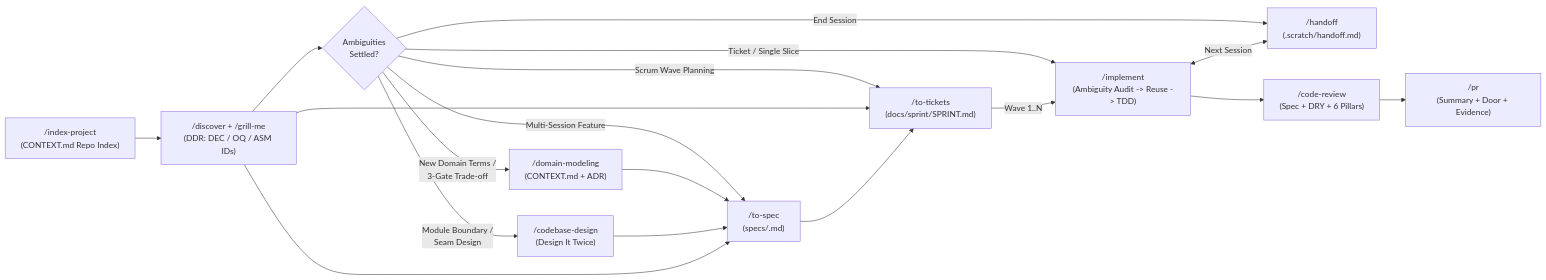
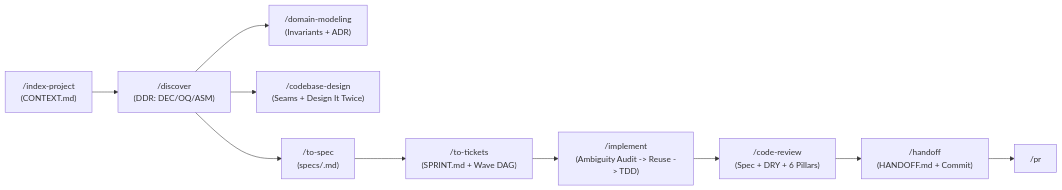
One commit to rafaelghif/antigravity-agents-core changed the diagram in README.md. Above: the diagram before and after it, drawn with Mermaid. The commit also changed other lines of this file and 8 other files, not shown here.

````diff
--- a/README.md
+++ b/README.md
@@ -88,20 +109,12 @@
 ```mermaid
 flowchart LR
-    Idx["/index-project\n(CONTEXT.md Repo Index)"] --> Disc["/discover + /grill-me\n(DDR: DEC / OQ / ASM IDs)"]
-    Disc --> F{"Ambiguities\nSettled?"}
-    F -->|"New Domain Terms /\n3-Gate Trade-off"| DM["/domain-modeling\n(CONTEXT.md + ADR)"]
-    F -->|"Module Boundary /\nSeam Design"| CD["/codebase-design\n(Design It Twice)"]
-    F -->|"Multi-Session Feature"| Spec["/to-spec\n(specs/<slug>.md)"]
-    F -->|"Scrum Wave Planning"| Tickets["/to-tickets\n(docs/sprint/SPRINT.md)"]
-    F -->|"Ticket / Single Slice"| Impl["/implement\n(Ambiguity Audit -> Reuse -> TDD)"]
-    F -->|"End Session"| Handoff["/handoff\n(.scratch/handoff.md)"]
-    DM --> Spec
-    CD --> Spec
-    Disc --> Spec
-    Disc --> Tickets
-    Spec --> Tickets
-    Tickets -->|"Wave 1..N"| Impl
-    Impl <-->|"Next Session"| Handoff
+    Idx["/index-project\n(CONTEXT.md)"] --> Disc["/discover\n(DDR: DEC/OQ/ASM)"]
+    Disc --> DM["/domain-modeling\n(Invariants + ADR)"]
+    Disc --> CD["/codebase-design\n(Seams + Design It Twice)"]
+    Disc --> Spec["/to-spec\n(specs/<slug>.md)"]
+    Spec --> Tickets["/to-tickets\n(SPRINT.md + Wave DAG)"]
+    Tickets --> Impl["/implement\n(Ambiguity Audit -> Reuse -> TDD)"]
     Impl --> Review["/code-review\n(Spec + DRY + 6 Pillars)"]
-    Review --> PR["/pr\n(Summary + Door + Evidence)"]
+    Review --> Handoff["/handoff\n(HANDOFF.md + Commit)"]
+    Handoff --> PR["/pr"]
 ```
````
